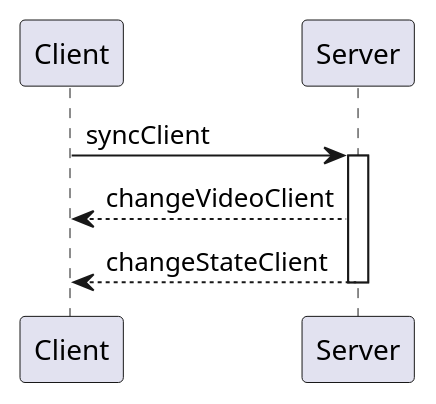
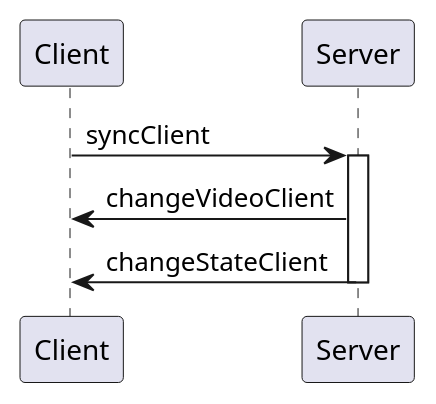
The diagram in wiki/resource/syncClient.puml (Dragicafit/Anime-Watch-Parties), drawn with PlantUML before and after one commit. The commit also changed 3 other files, not shown here.

```diff
--- a/wiki/resource/syncClient.puml
+++ b/wiki/resource/syncClient.puml
@@ -1,9 +1,9 @@
 @startuml syncClient
 
 Client -> Server: syncClient
 activate Server
-Client <-- Server: changeVideoClient
-Client <-- Server: changeStateClient
+Client <- Server: changeVideoClient
+Client <- Server: changeStateClient
 deactivate Server
 
 @enduml
```
